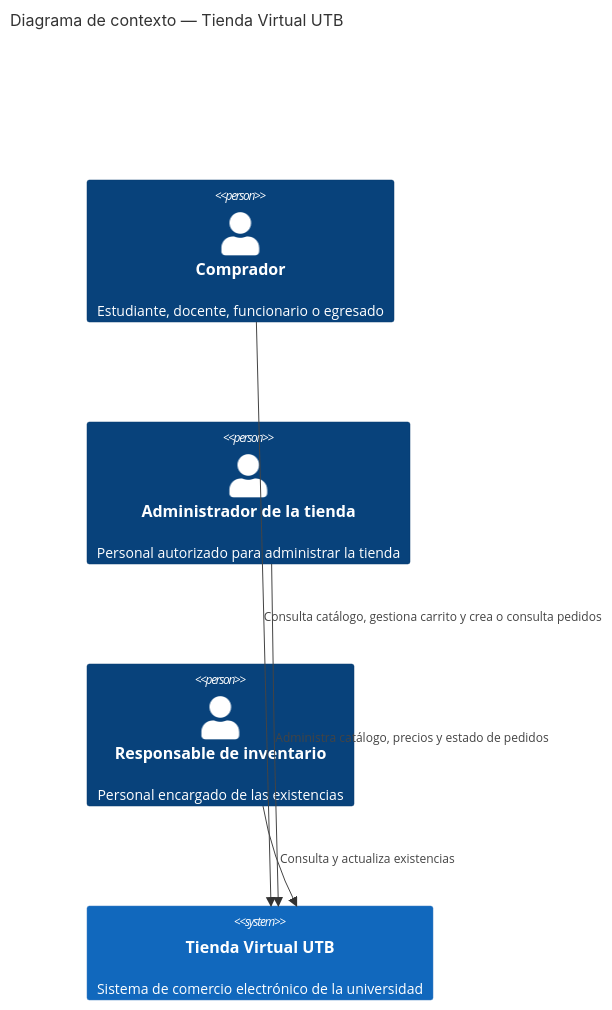
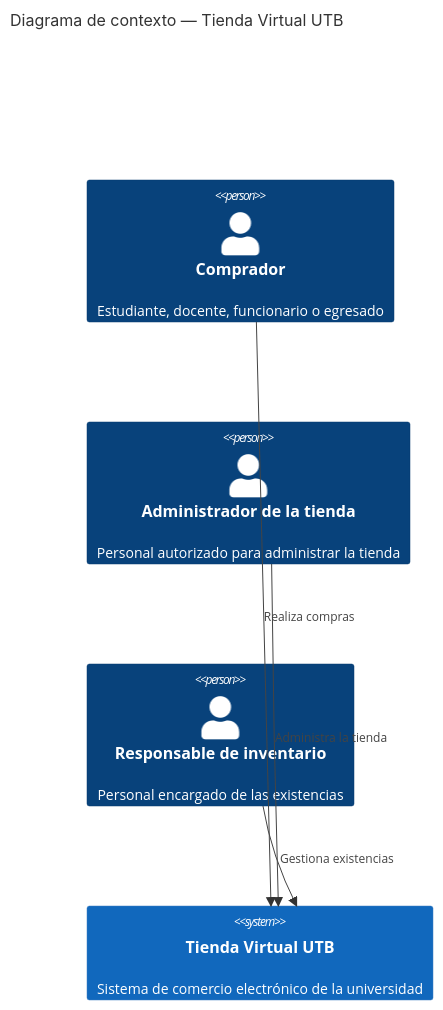
Before and after one commit to ISCOUTB/AS_202620_TIENDA-VIRTUAL-UTB: the diagram in docs/c4/context.md, drawn with Mermaid.

Commit message:
Se actualiza c4 otra vez

````diff
--- a/docs/c4/context.md
+++ b/docs/c4/context.md
@@ -9,14 +9,16 @@
 ```mermaid
 C4Context
     title Diagrama de contexto — Tienda Virtual UTB
+
+    UpdateLayoutConfig($c4ShapeInRow="3", $c4BoundaryInRow="1")
 
     Person(comprador, "Comprador", "Estudiante, docente, funcionario o egresado")
     Person(admin, "Administrador de la tienda", "Personal autorizado para administrar la tienda")
     Person(inventario, "Responsable de inventario", "Personal encargado de las existencias")
 
     System(sistema, "Tienda Virtual UTB", "Sistema de comercio electrónico de la universidad")
 
-    Rel(comprador, sistema, "Consulta catálogo, gestiona carrito y crea o consulta pedidos")
-    Rel(admin, sistema, "Administra catálogo, precios y estado de pedidos")
-    Rel(inventario, sistema, "Consulta y actualiza existencias")
+    Rel_D(comprador, sistema, "Realiza compras")
+    Rel_D(admin, sistema, "Administra la tienda")
+    Rel_D(inventario, sistema, "Gestiona existencias")
 ```
````
